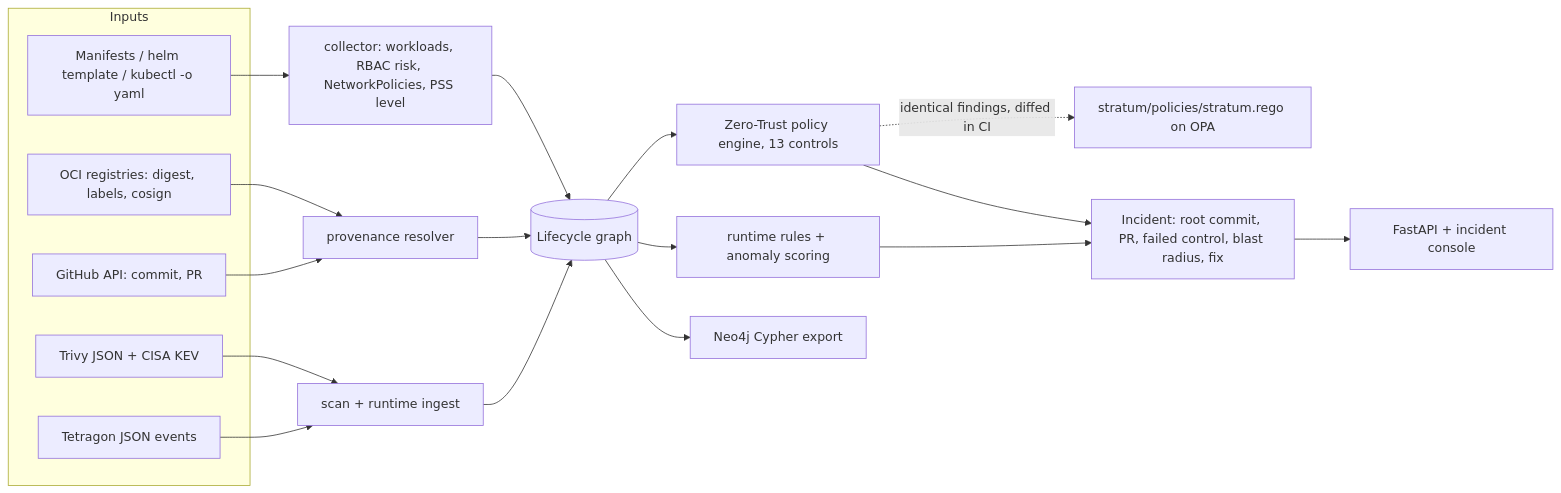
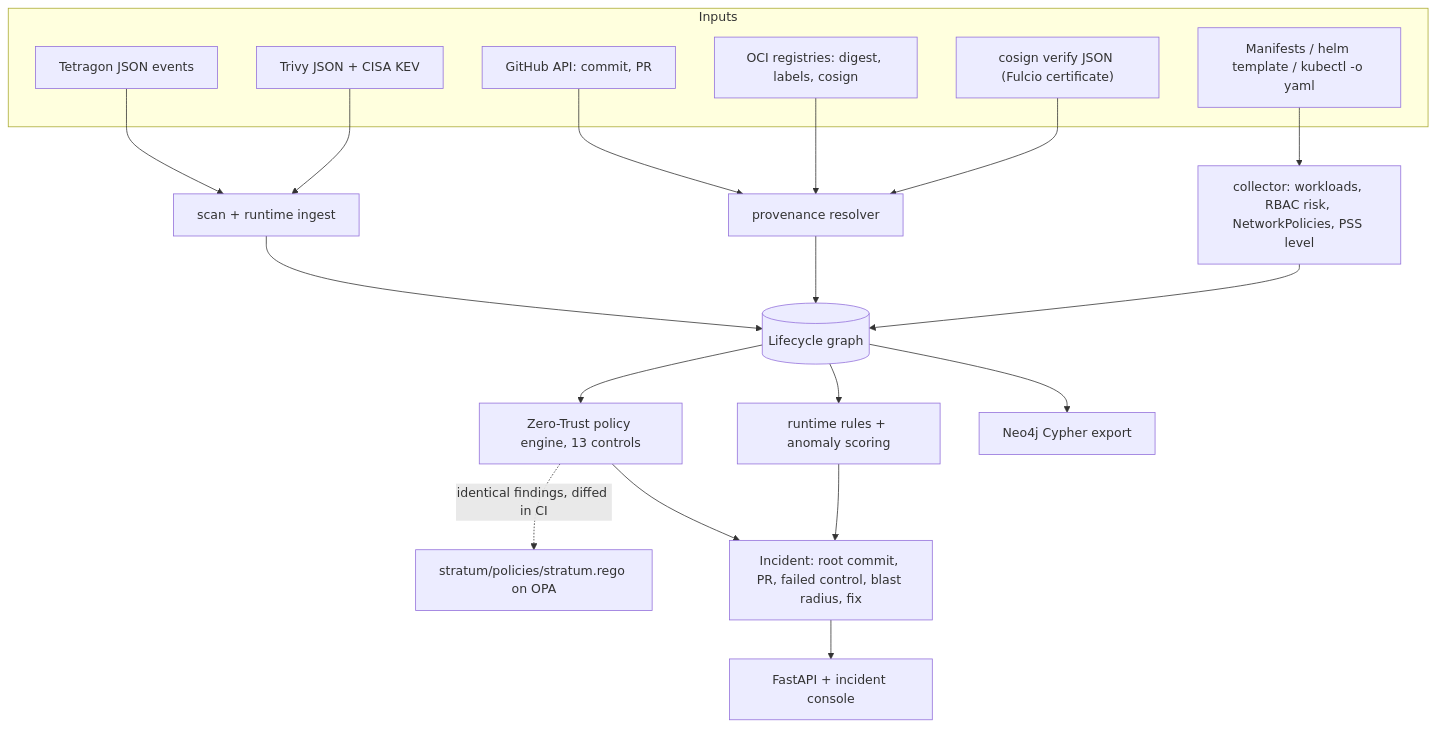
One commit to rakshit-737/stratum changed the diagram in README.md. Above: the diagram before and after it, drawn with Mermaid. The commit also changed other lines of this file and 25 other files, not shown here.

````diff
--- a/README.md
+++ b/README.md
@@ -49,25 +70,27 @@
 ```mermaid
-flowchart LR
+flowchart TB
   subgraph Inputs
-    MAN[Manifests / helm template / kubectl -o yaml]
-    REG[OCI registries: digest, labels, cosign]
-    GH[GitHub API: commit, PR]
-    TRV[Trivy JSON + CISA KEV]
-    TET[Tetragon JSON events]
+    MAN["Manifests / helm template / kubectl -o yaml"]
+    REG["OCI registries: digest, labels, cosign"]
+    GH["GitHub API: commit, PR"]
+    TRV["Trivy JSON + CISA KEV"]
+    TET["Tetragon JSON events"]
+    SIG["cosign verify JSON (Fulcio certificate)"]
   end
-  MAN --> K8S[collector: workloads, RBAC risk, NetworkPolicies, PSS level]
-  REG --> PROV[provenance resolver]
+  SIG --> PROV
+  MAN --> K8S["collector: workloads, RBAC risk, NetworkPolicies, PSS level"]
+  REG --> PROV["provenance resolver"]
   GH --> PROV
-  TRV --> ING[scan + runtime ingest]
+  TRV --> ING["scan + runtime ingest"]
   TET --> ING
-  K8S --> G[(Lifecycle graph)]
+  K8S --> G[("Lifecycle graph")]
   PROV --> G
   ING --> G
-  G --> POL[Zero-Trust policy engine, 13 controls]
-  POL -. identical findings, diffed in CI .-> REGO[stratum/policies/stratum.rego on OPA]
-  G --> DET[runtime rules + anomaly scoring]
-  DET --> INC[Incident: root commit, PR, failed control, blast radius, fix]
+  G --> POL["Zero-Trust policy engine, 13 controls"]
+  POL -. "identical findings, diffed in CI" .-> REGO["stratum/policies/stratum.rego on OPA"]
+  G --> DET["runtime rules + anomaly scoring"]
+  DET --> INC["Incident: root commit, PR, failed control, blast radius, fix"]
   POL --> INC
-  INC --> UI[FastAPI + incident console]
-  G --> NEO[Neo4j Cypher export]
+  INC --> UI["FastAPI + incident console"]
+  G --> NEO["Neo4j Cypher export"]
 ```
````
